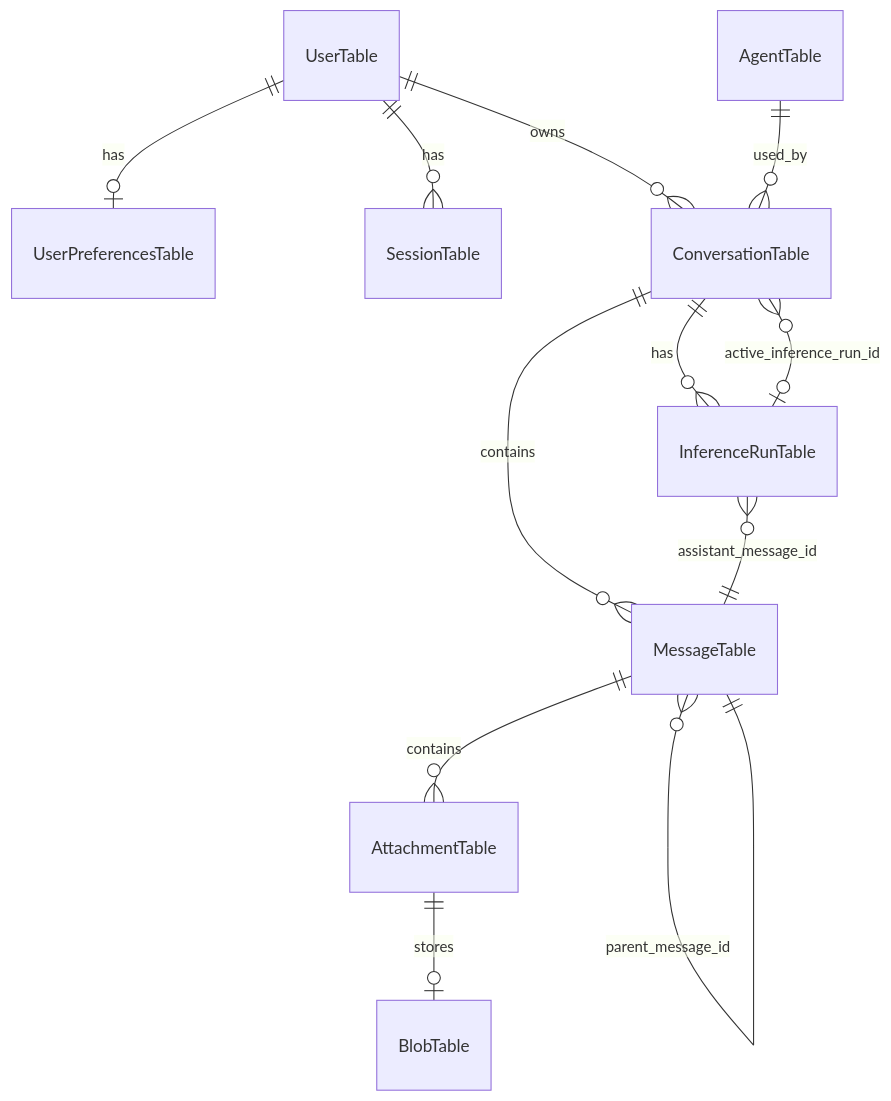
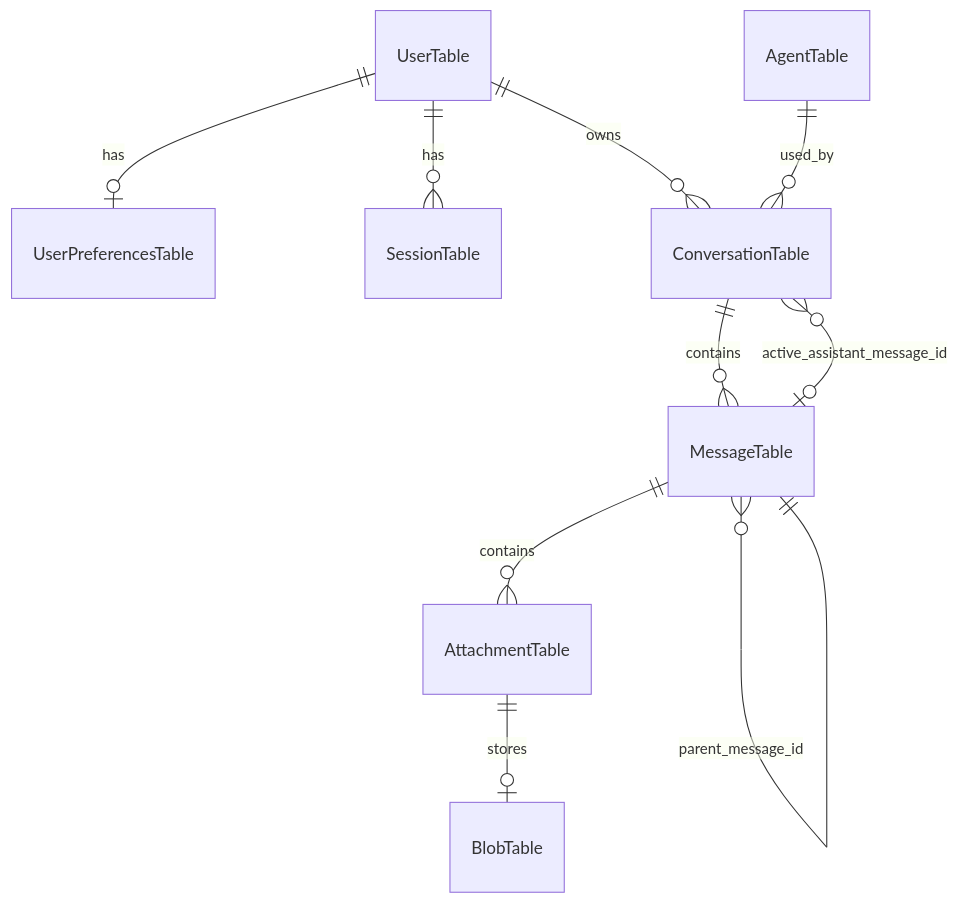
One commit to konstantinosmpouros/mAgenticX changed the fourth of 7 diagrams in src/dialogue_bridge/README.md. Above: the diagram before and after it, drawn with Mermaid. The commit also changed other lines of this file and 26 other files, not shown here.

````diff
--- a/src/dialogue_bridge/README.md
+++ b/src/dialogue_bridge/README.md
@@ -180,14 +180,12 @@
 ```mermaid
 erDiagram
     UserTable ||--o| UserPreferencesTable : has
     UserTable ||--o{ SessionTable : has
     UserTable ||--o{ ConversationTable : owns
     AgentTable ||--o{ ConversationTable : used_by
     ConversationTable ||--o{ MessageTable : contains
-    ConversationTable ||--o{ InferenceRunTable : has
-    ConversationTable }o--o| InferenceRunTable : active_inference_run_id
-    InferenceRunTable }o--|| MessageTable : assistant_message_id
+    ConversationTable }o--o| MessageTable : active_assistant_message_id
     MessageTable ||--o{ AttachmentTable : contains
     AttachmentTable ||--o| BlobTable : stores
     MessageTable }o--|| MessageTable : parent_message_id
 ```
````
